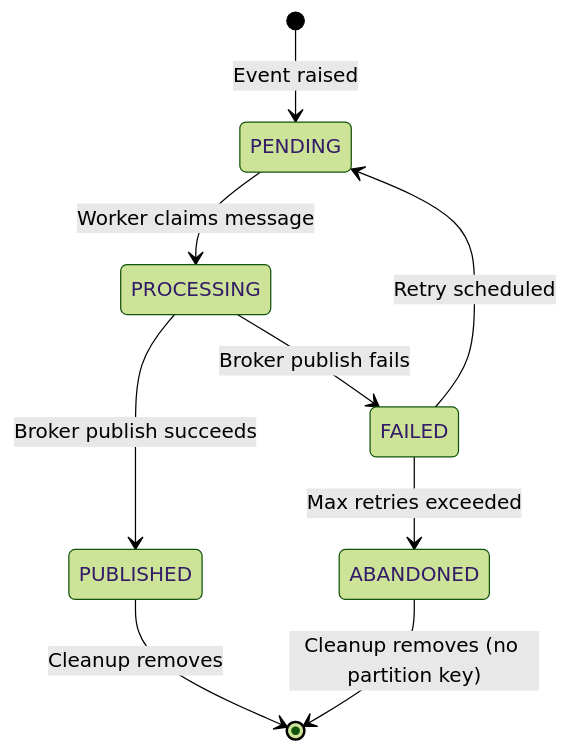
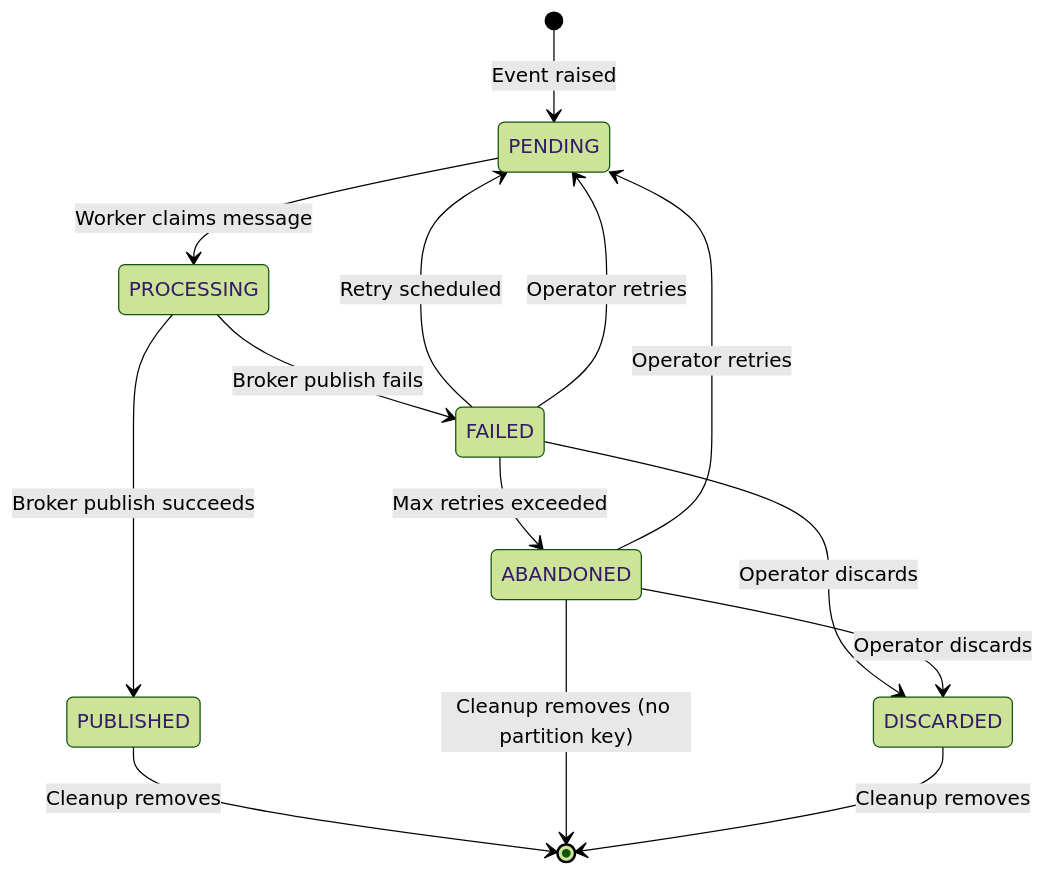
Before and after one commit to proteanhq/protean: the fourth of 4 diagrams in docs/concepts/async-processing/outbox.md, drawn with Mermaid (forest theme). The commit also changed other lines of this file and 21 other files, not shown here.

````diff
--- a/docs/concepts/async-processing/outbox.md
+++ b/docs/concepts/async-processing/outbox.md
@@ -165,11 +165,16 @@
 ```mermaid
 stateDiagram-v2
     [*] --> PENDING: Event raised
     PENDING --> PROCESSING: Worker claims message
     PROCESSING --> PUBLISHED: Broker publish succeeds
     PROCESSING --> FAILED: Broker publish fails
     FAILED --> PENDING: Retry scheduled
     FAILED --> ABANDONED: Max retries exceeded
+    FAILED --> PENDING: Operator retries
+    ABANDONED --> PENDING: Operator retries
+    FAILED --> DISCARDED: Operator discards
+    ABANDONED --> DISCARDED: Operator discards
     PUBLISHED --> [*]: Cleanup removes
     ABANDONED --> [*]: Cleanup removes (no partition key)
+    DISCARDED --> [*]: Cleanup removes
 ```
````
